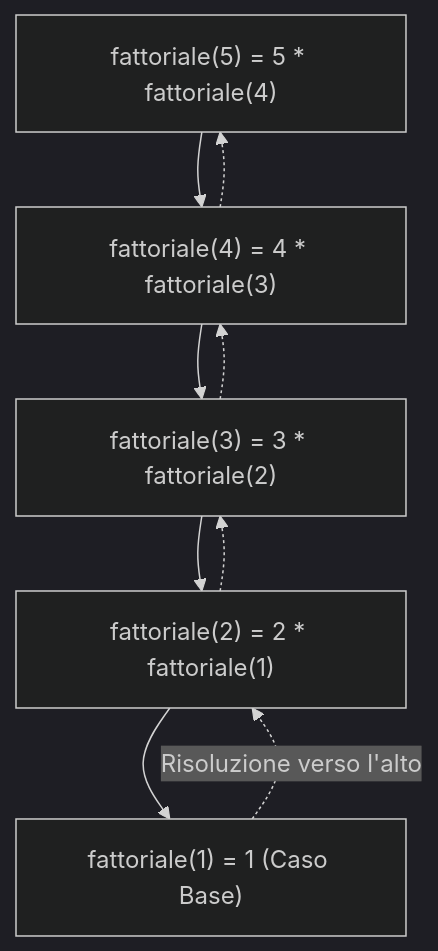
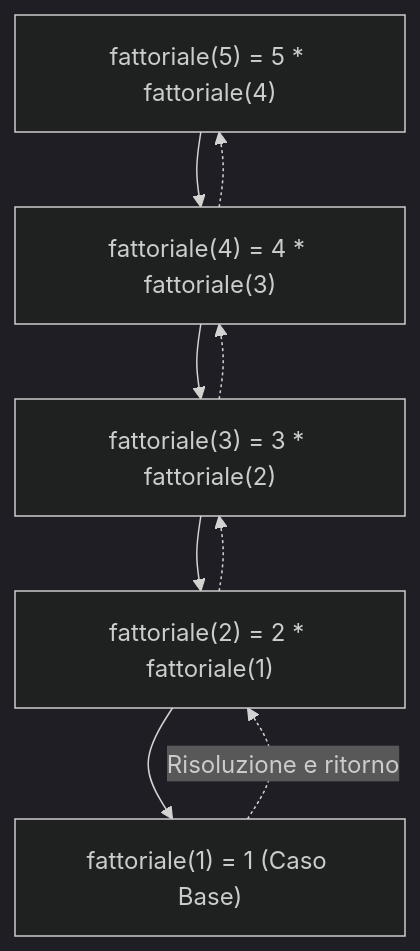
One commit to Ale3086/AppuntiAleCas changed the fifth of 5 diagrams in content/Informatica/Cpp/Le funzioni e procedure.md. Above: the diagram before and after it, drawn with Mermaid (dark theme). The commit also changed other lines of this file and 119 other files, not shown here.

````diff
--- a/content/Informatica/Cpp/Le funzioni e procedure.md
+++ b/content/Informatica/Cpp/Le funzioni e procedure.md
@@ -255,14 +259,14 @@
 ```mermaid
 flowchart TD
     F5["fattoriale(5) = 5 * fattoriale(4)"]
     F4["fattoriale(4) = 4 * fattoriale(3)"]
     F3["fattoriale(3) = 3 * fattoriale(2)"]
     F2["fattoriale(2) = 2 * fattoriale(1)"]
     F1["fattoriale(1) = 1 (Caso Base)"]
 
     F5 --> F4 --> F3 --> F2 --> F1
-    F1 -.->|Risoluzione verso l'alto| F2
+    F1 -.->|Risoluzione e ritorno| F2
     F2 -.-> F3
     F3 -.-> F4
     F4 -.-> F5
 ```
````
